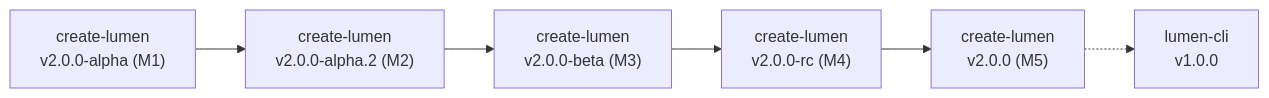
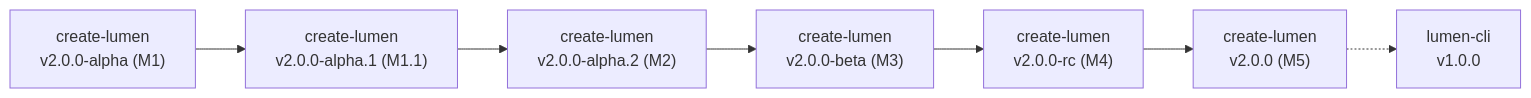
One commit to LUMEN-SH/create-lumen changed the fifth of 5 diagrams in docs/PLAN.md. Above: the diagram before and after it, drawn with Mermaid. The commit also changed other lines of this file and 5 other files, not shown here.

Commit message:
docs: add schema and agent contract evolution (M1.1) - update roadmap, plan, manifest contracts, manifest v2, README, and add ADR 0003

````diff
--- a/docs/PLAN.md
+++ b/docs/PLAN.md
@@ -208,8 +209,9 @@
 ```mermaid
 graph LR
-    A["create-lumen<br/>v2.0.0-alpha (M1)"] --> B["create-lumen<br/>v2.0.0-alpha.2 (M2)"]
-    B --> C["create-lumen<br/>v2.0.0-beta (M3)"]
-    C --> D["create-lumen<br/>v2.0.0-rc (M4)"]
-    D --> E["create-lumen<br/>v2.0.0 (M5)"]
-    E -.-> F["lumen-cli<br/>v1.0.0"]
+    A["create-lumen<br/>v2.0.0-alpha (M1)"] --> B["create-lumen<br/>v2.0.0-alpha.1 (M1.1)"]
+    B --> C["create-lumen<br/>v2.0.0-alpha.2 (M2)"]
+    C --> D["create-lumen<br/>v2.0.0-beta (M3)"]
+    D --> E["create-lumen<br/>v2.0.0-rc (M4)"]
+    E --> F["create-lumen<br/>v2.0.0 (M5)"]
+    F -.-> G["lumen-cli<br/>v1.0.0"]
 ```
````
